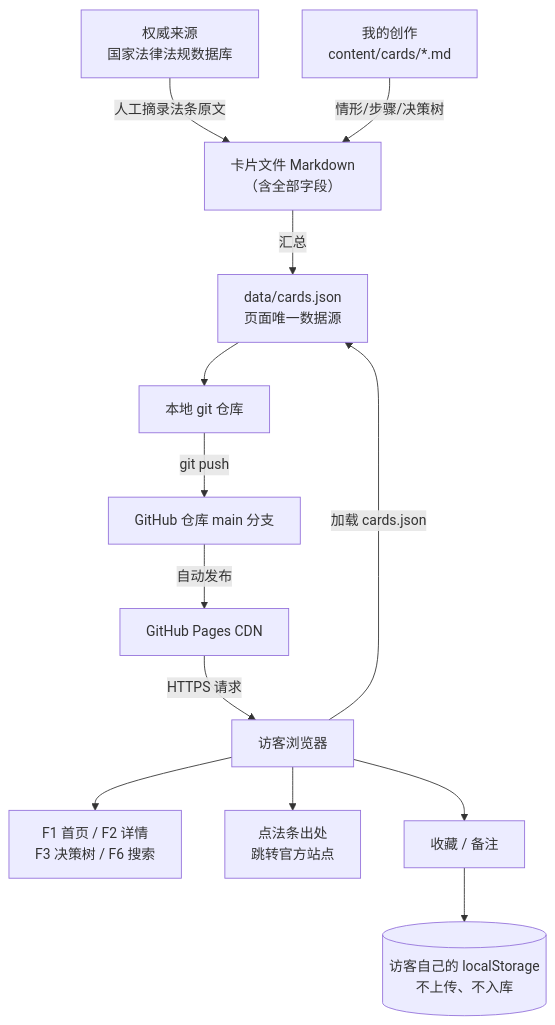
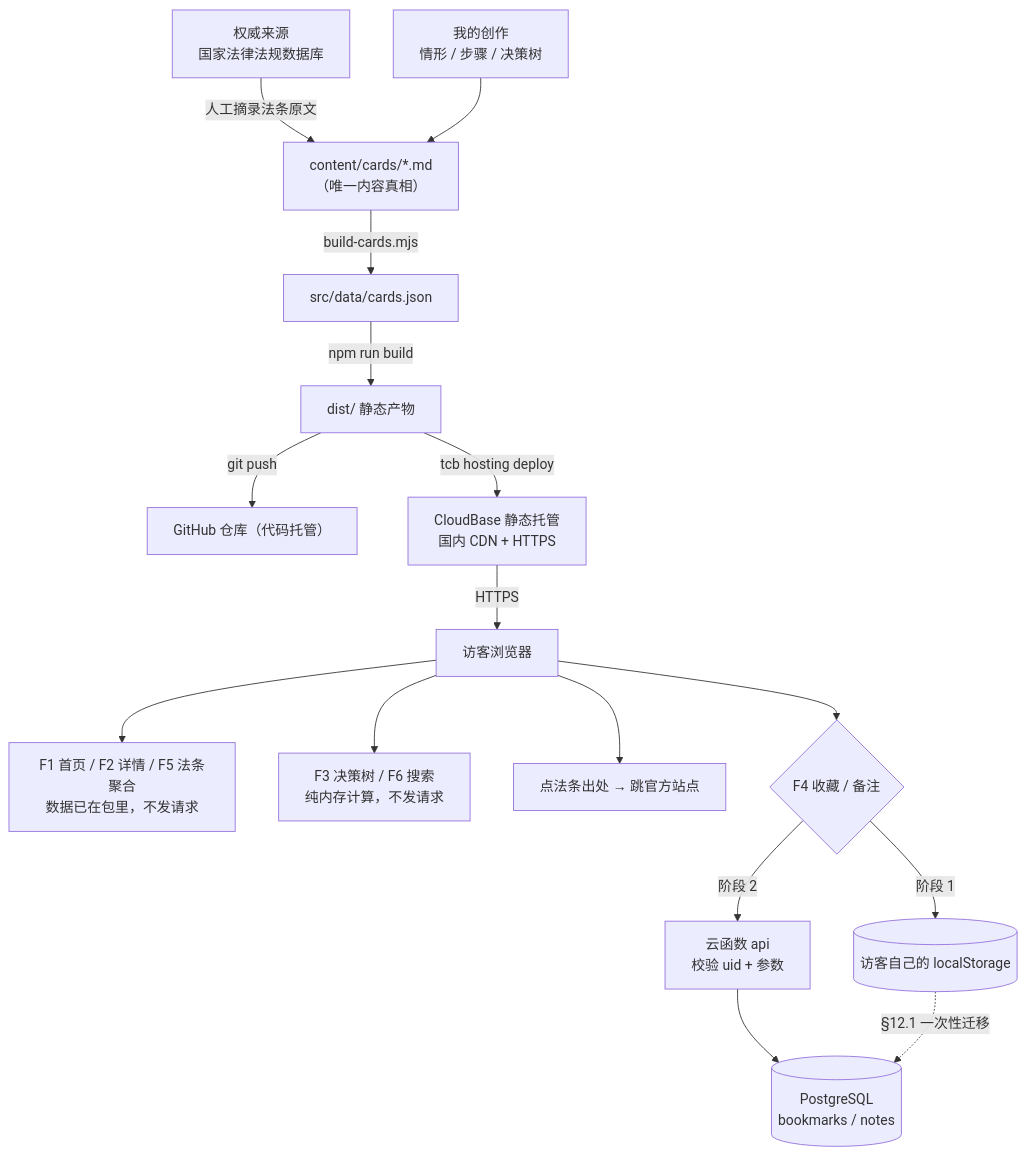
Before and after one commit to Terry-RQJ/week01-vibe-coding: the diagram in TECH_DESIGN.md, drawn with Mermaid. The commit also changed other lines of this file, not shown here.

First line of the commit message:
Day 5｜TECH_DESIGN 升级 v2.0：三方案八维对比 + CloudBase 分阶段落地

````diff
--- a/TECH_DESIGN.md
+++ b/TECH_DESIGN.md
@@ -191,15 +489,20 @@
 ```mermaid
 flowchart TD
-    A1["权威来源<br/>国家法律法规数据库"] -->|人工摘录法条原文| C
-    A2["我的创作<br/>content/cards/*.md"] -->|情形/步骤/决策树| C
-    C["卡片文件 Markdown<br/>（含全部字段）"] -->|汇总| D["data/cards.json<br/>页面唯一数据源"]
-    D --> E["本地 git 仓库"]
-    E -->|git push| F["GitHub 仓库 main 分支"]
-    F -->|自动发布| G["GitHub Pages CDN"]
-    G -->|HTTPS 请求| H["访客浏览器"]
-    H -->|加载 cards.json| D
-    H --> I["F1 首页 / F2 详情<br/>F3 决策树 / F6 搜索"]
-    H --> J["点法条出处<br/>跳转官方站点"]
-    H --> K["收藏 / 备注"]
-    K --> L[("访客自己的 localStorage<br/>不上传、不入库")]
+    A1["权威来源<br/>国家法律法规数据库"] -->|人工摘录法条原文| C["content/cards/*.md<br/>（唯一内容真相）"]
+    A2["我的创作<br/>情形 / 步骤 / 决策树"] --> C
+    C -->|build-cards.mjs| D["src/data/cards.json"]
+    D -->|npm run build| E["dist/ 静态产物"]
+    E -->|git push| F["GitHub 仓库（代码托管）"]
+    E -->|tcb hosting deploy| G["CloudBase 静态托管<br/>国内 CDN + HTTPS"]
+    G -->|HTTPS| H["访客浏览器"]
+
+    H --> I["F1 首页 / F2 详情 / F5 法条聚合<br/>数据已在包里，不发请求"]
+    H --> J["F3 决策树 / F6 搜索<br/>纯内存计算，不发请求"]
+    H --> K["点法条出处 → 跳官方站点"]
+
+    H --> L{"F4 收藏 / 备注"}
+    L -->|阶段 1| M[("访客自己的 localStorage")]
+    L -->|阶段 2| N["云函数 api<br/>校验 uid + 参数"]
+    N --> O[("PostgreSQL<br/>bookmarks / notes")]
+    M -.->|§12.1 一次性迁移| O
 ```
````
